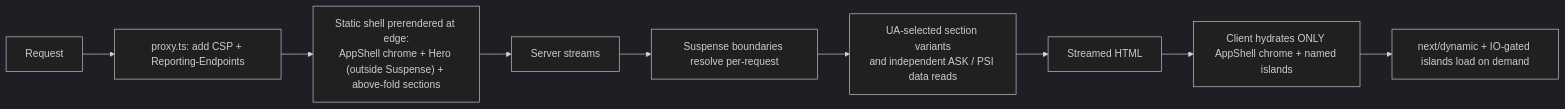
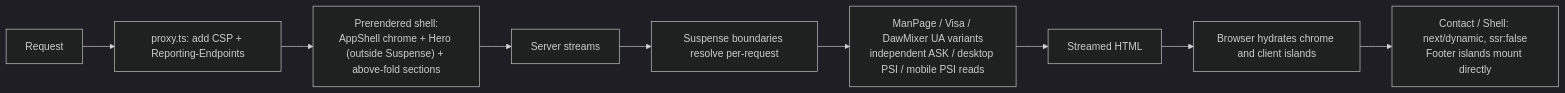
Before and after one commit to erikunha/portfolio: the third of 6 diagrams in docs/03-rendering-and-data-flow.md, drawn with Mermaid (dark theme). The commit also changed other lines of this file and 14 other files, not shown here.

First line of the commit message:
docs(architecture): redraw diagrams for the terminal-module homepage

````diff
--- a/docs/03-rendering-and-data-flow.md
+++ b/docs/03-rendering-and-data-flow.md
@@ -59,11 +69,11 @@
 ```mermaid
 flowchart LR
     req["Request"] --> px["proxy.ts: add CSP + Reporting-Endpoints"]
-    px --> shell["Static shell prerendered at edge:<br/>AppShell chrome + Hero (outside Suspense) + above-fold sections"]
+    px --> shell["Prerendered shell:<br/>AppShell chrome + Hero (outside Suspense) + above-fold sections"]
     shell --> stream["Server streams"]
     stream --> susp["Suspense boundaries resolve per-request"]
-    susp --> dyn["UA-selected section variants<br/>and independent ASK / PSI data reads"]
+    susp --> dyn["ManPage / Visa / DawMixer UA variants<br/>independent ASK / desktop PSI / mobile PSI reads"]
     dyn --> html2["Streamed HTML"]
-    html2 --> hydrate["Client hydrates ONLY AppShell chrome + named islands"]
-    hydrate --> lazy["next/dynamic + IO-gated islands load on demand"]
+    html2 --> hydrate["Browser hydrates chrome and client islands"]
+    hydrate --> lazy["Contact / Shell: next/dynamic, ssr:false<br/>Footer islands mount directly"]
 ```
````
